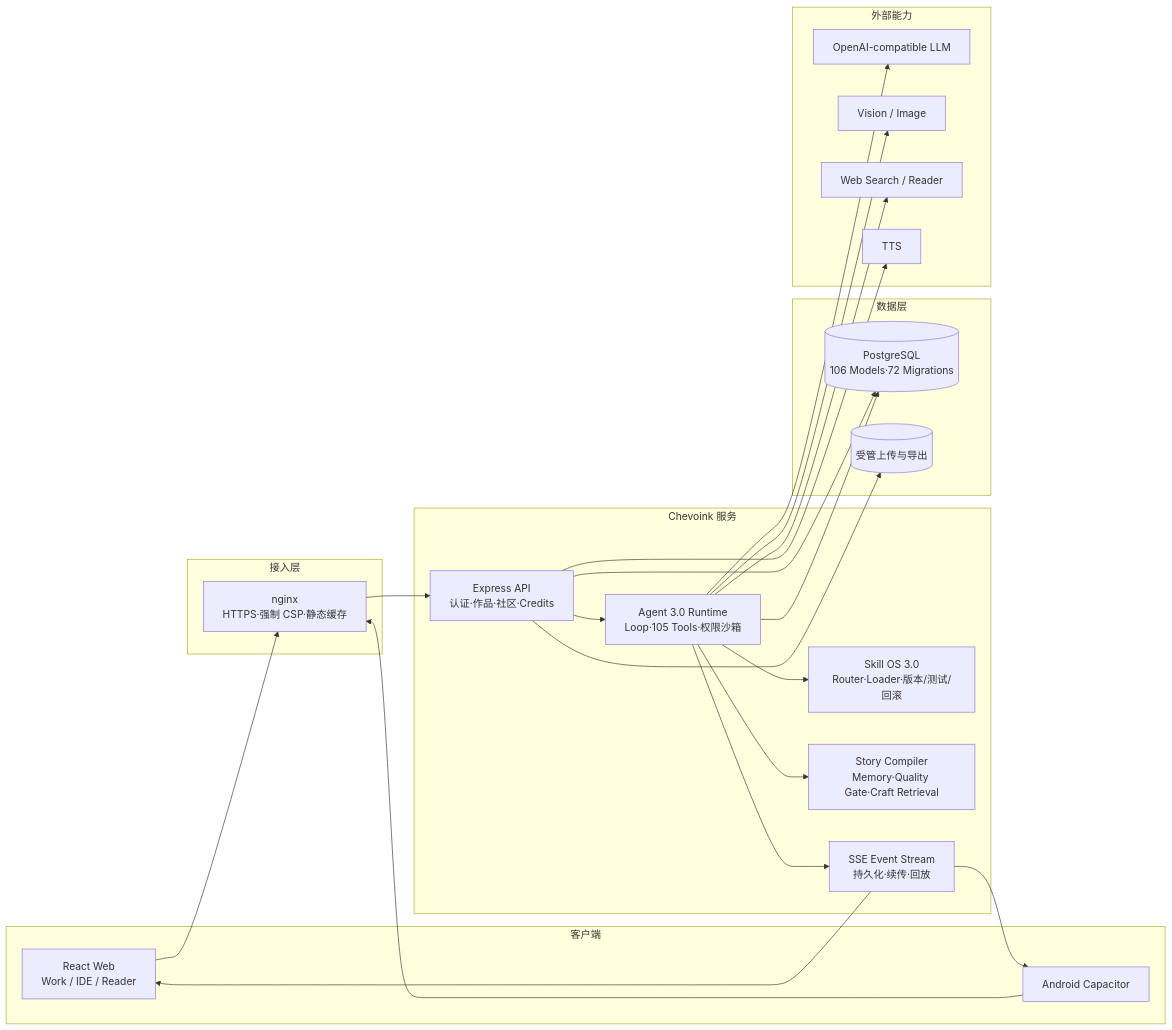
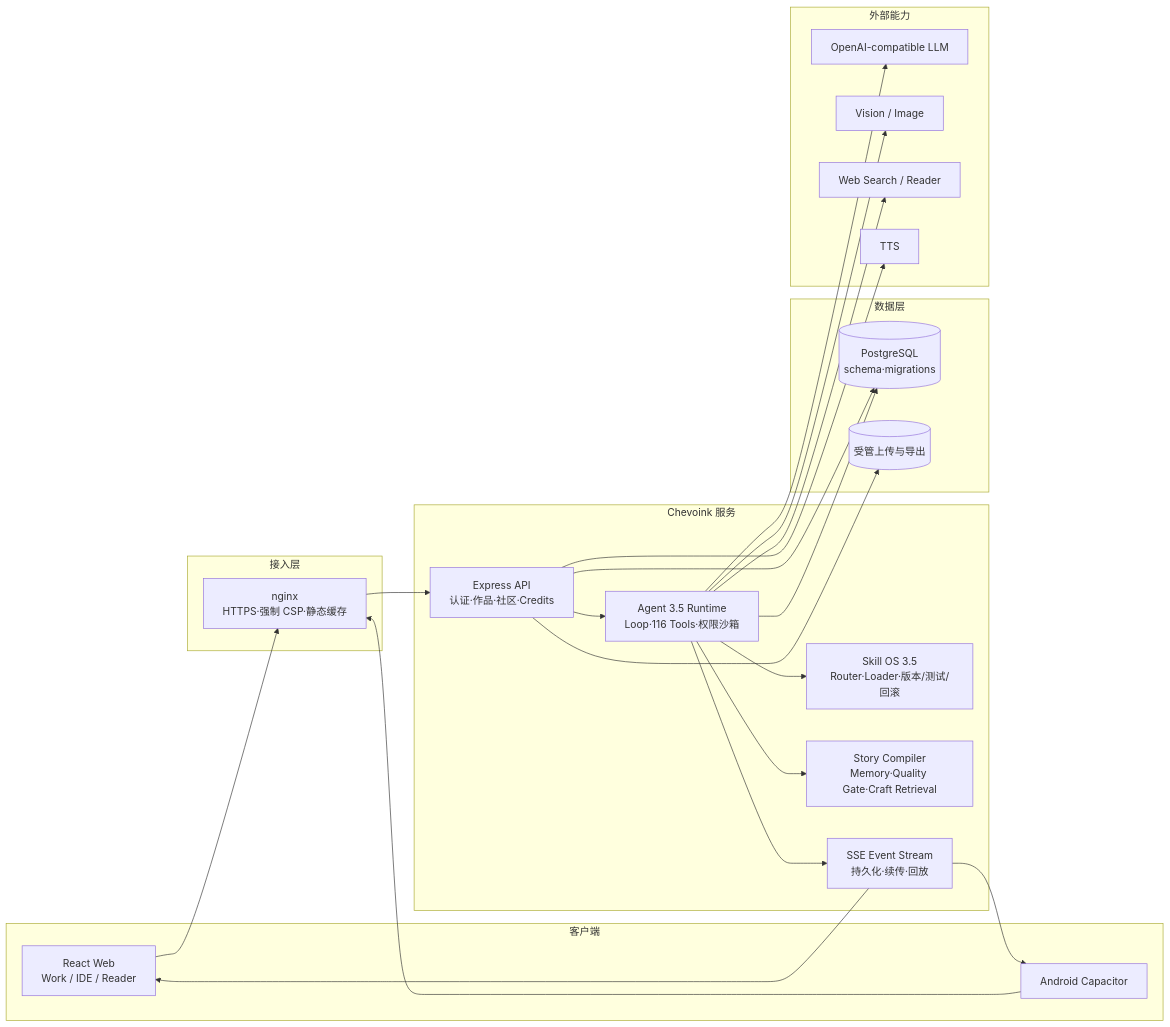
Before and after one commit to zqf20096327/dbhub_collect: the second of 2 diagrams in data/readmes/Xcy8010__Chevoink.md, drawn with Mermaid. The commit also changed other lines of this file and 538 other files, not shown here.

````diff
--- a/data/readmes/Xcy8010__Chevoink.md
+++ b/data/readmes/Xcy8010__Chevoink.md
@@ -96,43 +105,43 @@
 ```mermaid
 flowchart LR
   subgraph Client[客户端]
     WEB[React Web<br/>Work / IDE / Reader]
     APP[Android Capacitor]
   end
   subgraph Edge[接入层]
     NGINX[nginx<br/>HTTPS·强制 CSP·静态缓存]
   end
   subgraph Service[Chevoink 服务]
     API[Express API<br/>认证·作品·社区·Credits]
-    LOOP[Agent 3.0 Runtime<br/>Loop·105 Tools·权限沙箱]
-    SKILL[Skill OS 3.0<br/>Router·Loader·版本/测试/回滚]
+    LOOP[Agent 3.5 Runtime<br/>Loop·116 Tools·权限沙箱]
+    SKILL[Skill OS 3.5<br/>Router·Loader·版本/测试/回滚]
     STORY[Story Compiler<br/>Memory·Quality Gate·Craft Retrieval]
     SSE[SSE Event Stream<br/>持久化·续传·回放]
   end
   subgraph Data[数据层]
-    PG[(PostgreSQL<br/>106 Models·72 Migrations)]
+    PG[(PostgreSQL<br/>schema·migrations)]
     FILES[(受管上传与导出)]
   end
   subgraph Providers[外部能力]
     LLM[OpenAI-compatible LLM]
     VISION[Vision / Image]
     SEARCH[Web Search / Reader]
     TTS[TTS]
   end
   WEB --> NGINX
   APP --> NGINX
   NGINX --> API
   API --> LOOP
   LOOP --> SKILL
   LOOP --> STORY
   LOOP --> SSE
   API --> PG
   LOOP --> PG
   API --> FILES
   LOOP --> LLM
   LOOP --> VISION
   LOOP --> SEARCH
   API --> TTS
   SSE --> WEB
   SSE --> APP
 ```
````
